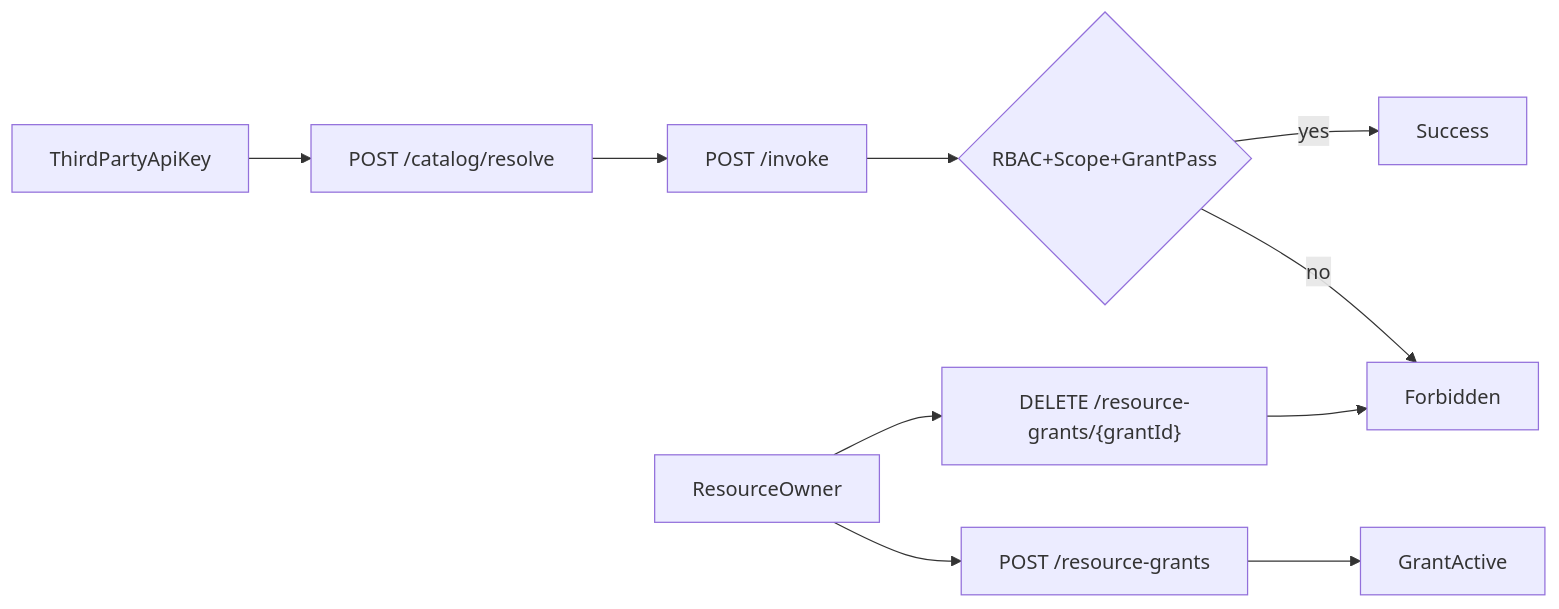
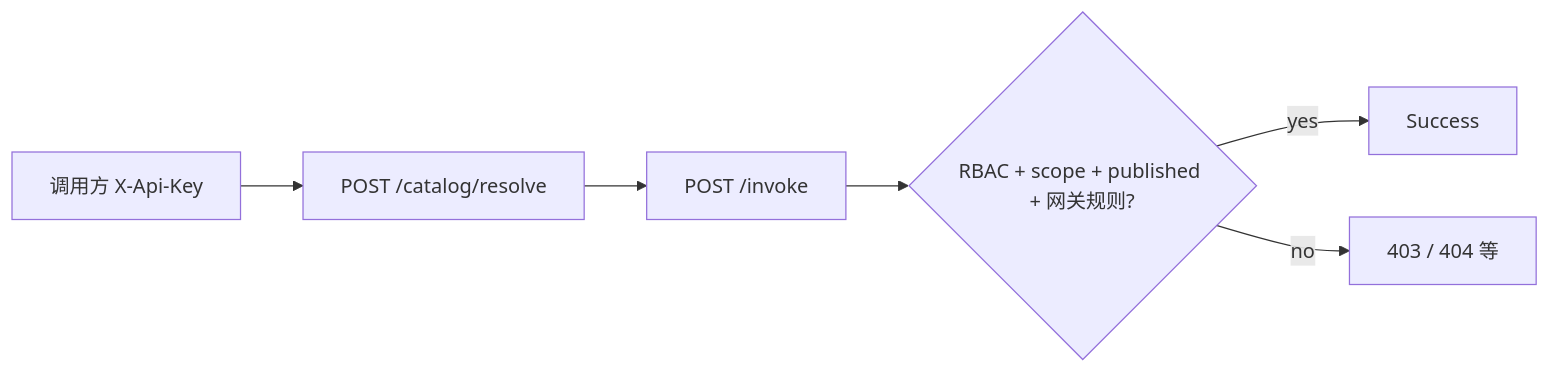
Before and after one commit to WangDiGua/LantuConnect-Backend: the second of 3 diagrams in docs/resource-registration-authorization-invocation-guide.md, drawn with Mermaid. The commit also changed other lines of this file and 4 other files, not shown here.

````diff
--- a/docs/resource-registration-authorization-invocation-guide.md
+++ b/docs/resource-registration-authorization-invocation-guide.md
@@ -258,12 +260,8 @@
 ```mermaid
 flowchart LR
-    ownerUser[ResourceOwner] --> createGrant["POST /resource-grants"]
-    createGrant --> grantActive[GrantActive]
-    thirdCaller[ThirdPartyApiKey] --> resolveResource["POST /catalog/resolve"]
+    caller[调用方 X-Api-Key] --> resolveResource["POST /catalog/resolve"]
     resolveResource --> invokeResource["POST /invoke"]
-    invokeResource --> checkLayer{"RBAC+Scope+GrantPass"}
+    invokeResource --> checkLayer{"RBAC + scope + published + 网关规则?"}
     checkLayer -->|yes| invokeSuccess[Success]
-    checkLayer -->|no| forbidden403[Forbidden]
-    ownerUser --> revokeGrant["DELETE /resource-grants/{grantId}"]
-    revokeGrant --> forbidden403
+    checkLayer -->|no| forbidden403[403 / 404 等]
 ```
````
